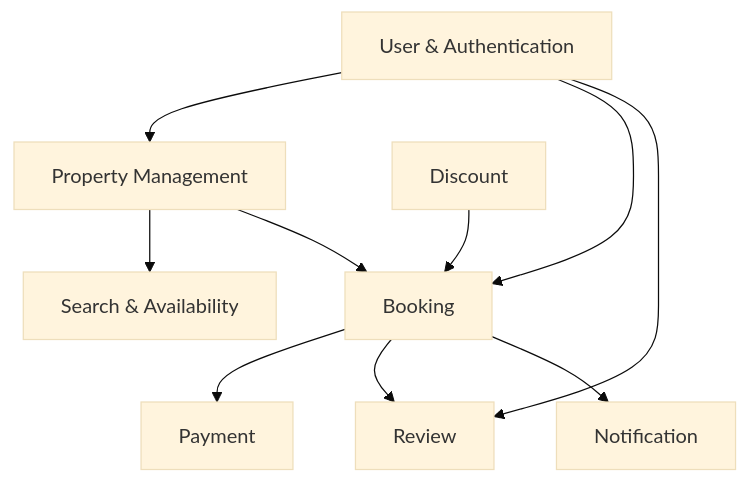
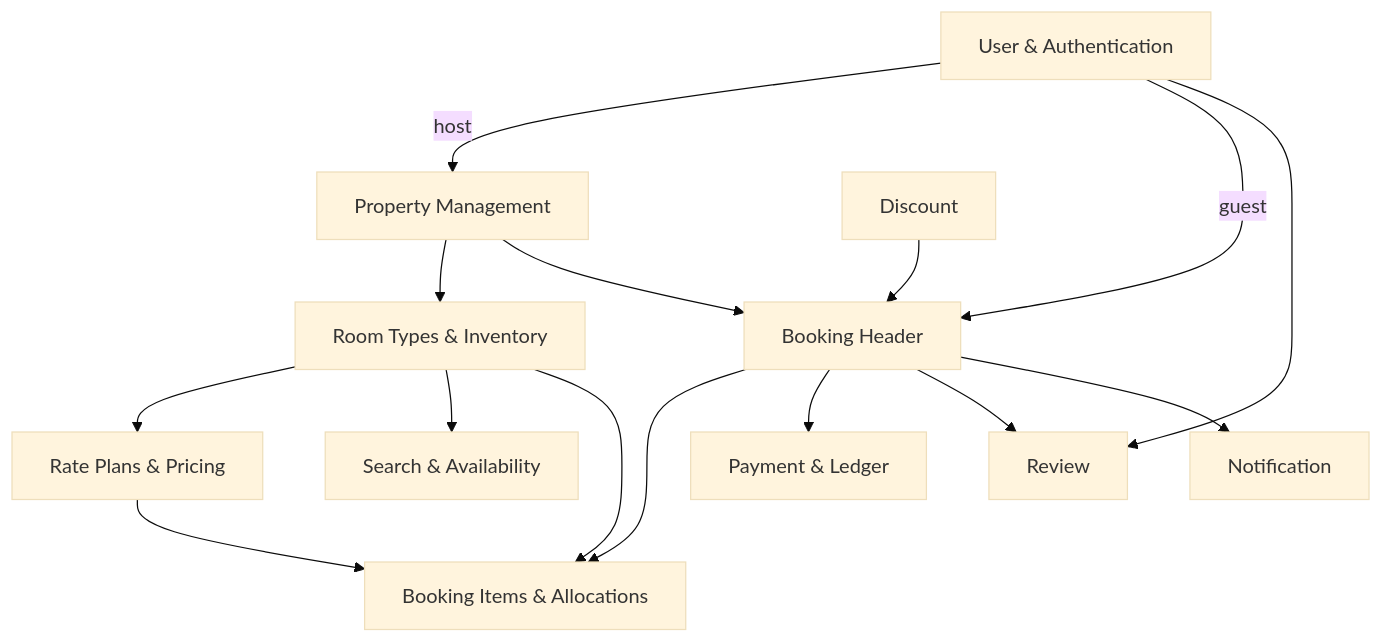
One commit to Apase-Organization/StayHub changed the diagram in docs/database/1_DomainOverview.md. Above: the diagram before and after it, drawn with Mermaid (base theme). The commit also changed other lines of this file and 8 other files, not shown here.

Commit message:
docs: align canonical inventory and payment plans

````diff
--- a/docs/database/1_DomainOverview.md
+++ b/docs/database/1_DomainOverview.md
@@ -9,21 +11,29 @@
 ```mermaid
 flowchart TB
     U[User & Authentication]
     P[Property Management]
-    B[Booking]
-    PAY[Payment]
+    RT[Room Types & Inventory]
+    RP[Rate Plans & Pricing]
+    B[Booking Header]
+    BI[Booking Items & Allocations]
+    PAY[Payment & Ledger]
     D[Discount]
     R[Review]
     S[Search & Availability]
     N[Notification]
 
-    U --> P
-    U --> B
-    P --> S
+    U -->|host| P
+    P --> RT
+    RT --> RP
+    RT --> S
+    U -->|guest| B
     P --> B
+    B --> BI
+    RT --> BI
+    RP --> BI
     D --> B
     B --> PAY
     B --> R
     U --> R
     B --> N
 ```
````
